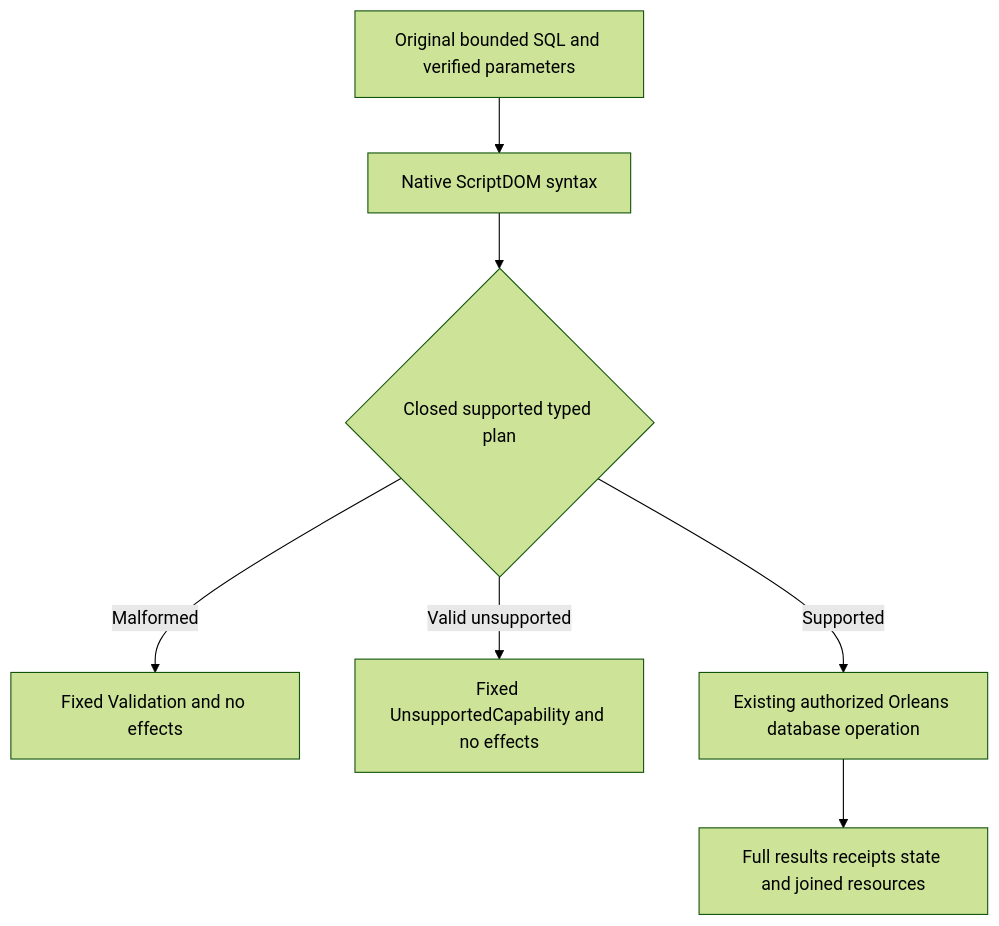
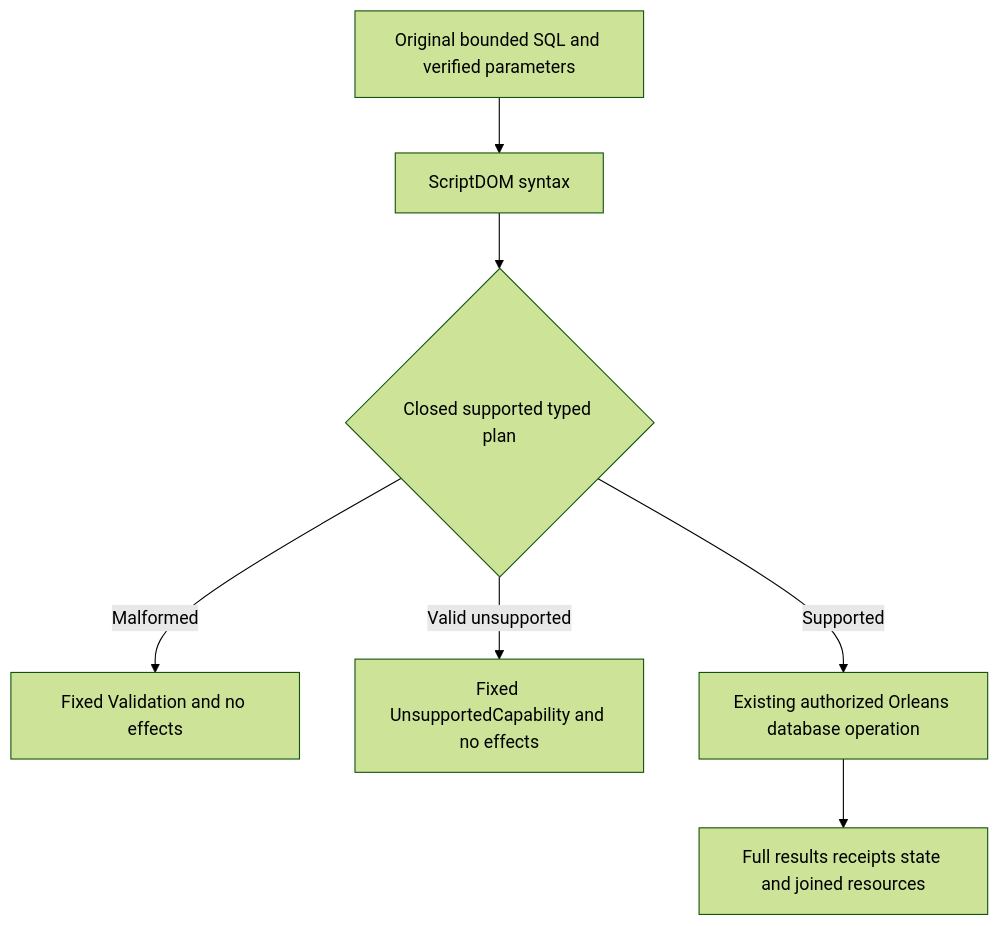
One commit to managedcode/KeyLoad changed the diagram in docs/Features/QueryExecution/ScriptDom.md. Above: the diagram before and after it, drawn with Mermaid (forest theme). The commit also changed other lines of this file and 9016 other files, not shown here.

````diff
--- a/docs/Features/QueryExecution/ScriptDom.md
+++ b/docs/Features/QueryExecution/ScriptDom.md
@@ -11,9 +11,9 @@
 ```mermaid
 flowchart TD
-    Input[Original bounded SQL and verified parameters] --> Syntax[Native ScriptDOM syntax]
+    Input[Original bounded SQL and verified parameters] --> Syntax[ScriptDOM syntax]
     Syntax --> Decision{Closed supported typed plan}
     Decision -->|Malformed| Invalid[Fixed Validation and no effects]
     Decision -->|Valid unsupported| Unsupported[Fixed UnsupportedCapability and no effects]
     Decision -->|Supported| Execute[Existing authorized Orleans database operation]
     Execute --> Verify[Full results receipts state and joined resources]
 ```
````
